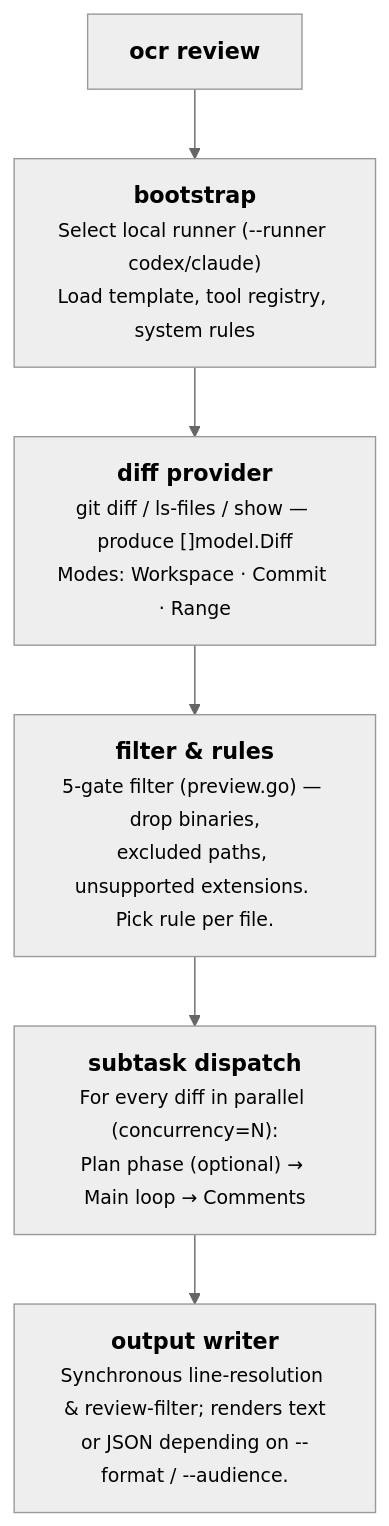
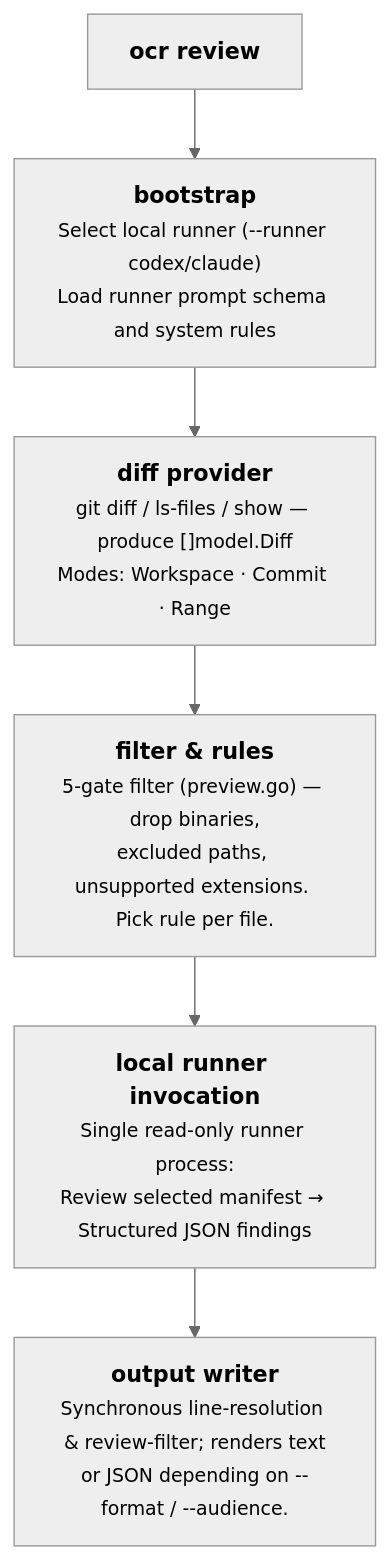
One commit to chenjiayi8/open-code-review changed the first of 2 diagrams in pages/src/content/docs/en/architecture.md. Above: the diagram before and after it, drawn with Mermaid (neutral theme). The commit also changed other lines of this file and 32 other files, not shown here.

Commit message:
fix: tighten local runner final review issues

````diff
--- a/pages/src/content/docs/en/architecture.md
+++ b/pages/src/content/docs/en/architecture.md
@@ -14,11 +14,11 @@
 ```mermaid
 flowchart TD
     A["<b>ocr review</b>"]
-    B["<b>bootstrap</b><br/><span style='font-size:0.85em'>Select local runner (--runner codex/claude)<br/>Load template, tool registry, system rules</span>"]
+    B["<b>bootstrap</b><br/><span style='font-size:0.85em'>Select local runner (--runner codex/claude)<br/>Load runner prompt schema and system rules</span>"]
     C["<b>diff provider</b><br/><span style='font-size:0.85em'>git diff / ls-files / show — produce []model.Diff<br/>Modes: Workspace · Commit · Range</span>"]
     D["<b>filter & rules</b><br/><span style='font-size:0.85em'>5-gate filter (preview.go) — drop binaries,<br/>excluded paths, unsupported extensions. Pick rule per file.</span>"]
-    E["<b>subtask dispatch</b><br/><span style='font-size:0.85em'>For every diff in parallel (concurrency=N):<br/>Plan phase (optional) → Main loop → Comments</span>"]
+    E["<b>local runner invocation</b><br/><span style='font-size:0.85em'>Single read-only runner process:<br/>Review selected manifest → Structured JSON findings</span>"]
     F["<b>output writer</b><br/><span style='font-size:0.85em'>Synchronous line-resolution & review-filter; renders text<br/>or JSON depending on --format / --audience.</span>"]
 
     A --> B --> C --> D --> E --> F
 ```
````
